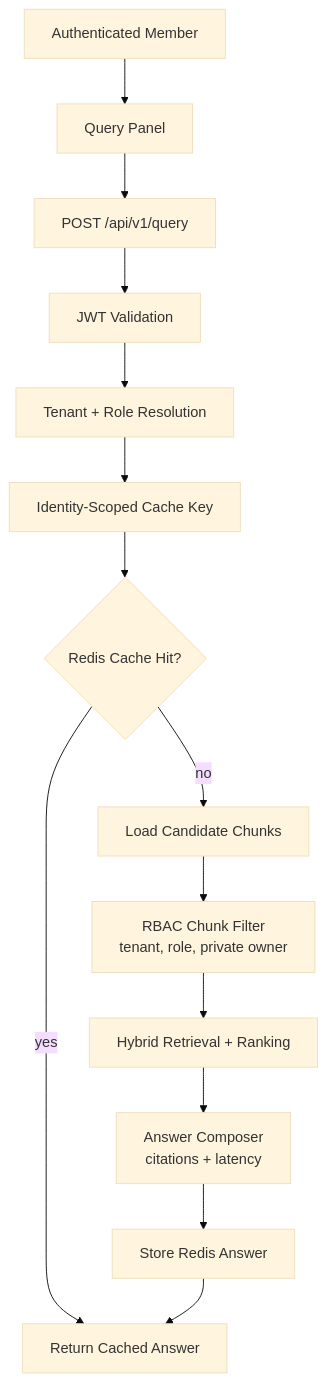
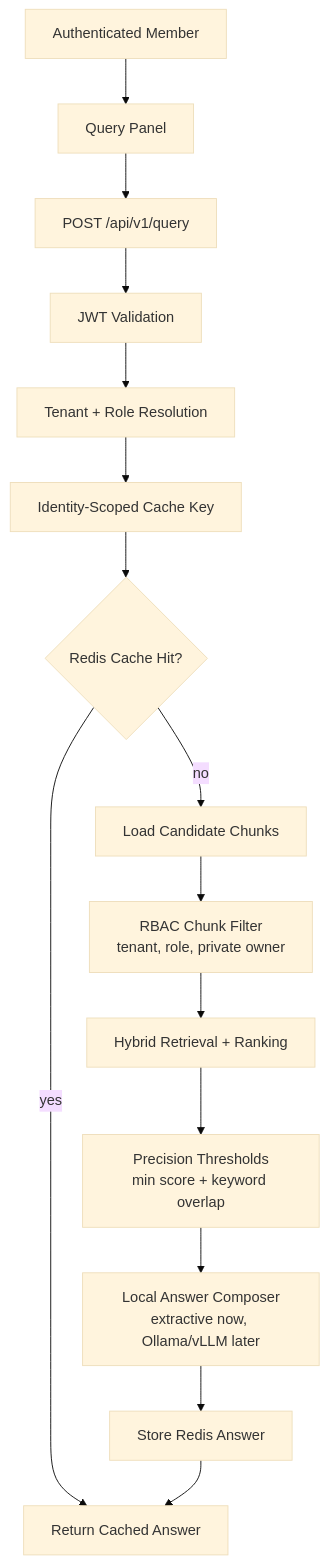
One commit to lnrdwarampudis-git/rag-saas-docs-ingestion-poc changed the third of 7 diagrams in docs/flow-diagrams.md. Above: the diagram before and after it, drawn with Mermaid (base theme). The commit also changed other lines of this file and 18 other files, not shown here.

````diff
--- a/docs/flow-diagrams.md
+++ b/docs/flow-diagrams.md
@@ -74,16 +74,17 @@
 ```mermaid
 flowchart TD
   member["Authenticated Member"] --> queryUi["Query Panel"]
   queryUi --> queryApi["POST /api/v1/query"]
   queryApi --> token["JWT Validation"]
   token --> rbac["Tenant + Role Resolution"]
   rbac --> cacheKey["Identity-Scoped Cache Key"]
   cacheKey --> redis{"Redis Cache Hit?"}
   redis -- yes --> answer["Return Cached Answer"]
   redis -- no --> chunks["Load Candidate Chunks"]
   chunks --> filter["RBAC Chunk Filter<br/>tenant, role, private owner"]
   filter --> rank["Hybrid Retrieval + Ranking"]
-  rank --> compose["Answer Composer<br/>citations + latency"]
+  rank --> threshold["Precision Thresholds<br/>min score + keyword overlap"]
+  threshold --> compose["Local Answer Composer<br/>extractive now, Ollama/vLLM later"]
   compose --> saveCache["Store Redis Answer"]
   saveCache --> answer
 ```
````
